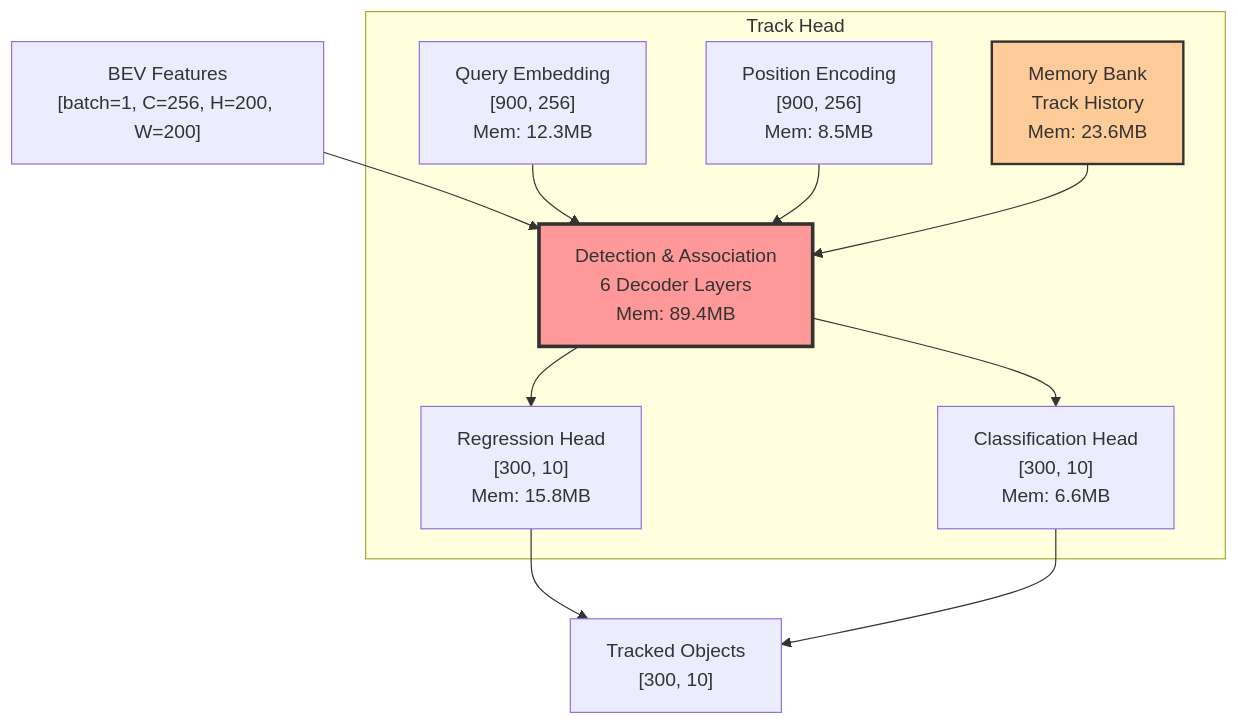
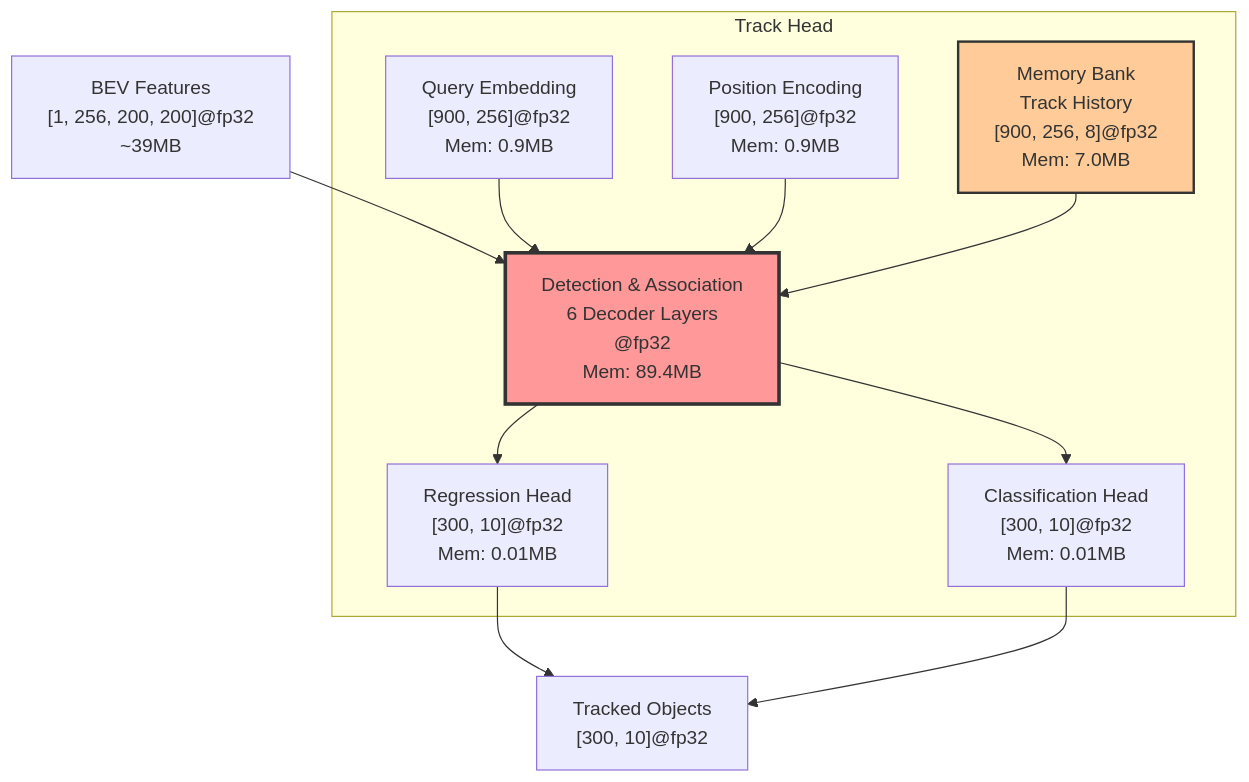
Before and after one commit to litanlitudan/UniAD: the first of 4 diagrams in tools/pytorch_op_tracer/reports/task_heads/track_head_report.md, drawn with Mermaid. The commit also changed other lines of this file and 17 other files, not shown here.

First line of the commit message:
Enhance Mixed Precision Support and Memory Analysis in Task Head Reports

````diff
--- a/tools/pytorch_op_tracer/reports/task_heads/track_head_report.md
+++ b/tools/pytorch_op_tracer/reports/task_heads/track_head_report.md
@@ -25,29 +25,29 @@
 ```mermaid
 graph TB
-    BEV["BEV Features<br/>[batch=1, C=256, H=200, W=200]"]
+    BEV["BEV Features<br/>[1, 256, 200, 200]@fp32<br/>~39MB"]
     
     subgraph "Track Head"
-        QE["Query Embedding<br/>[900, 256]<br/>Mem: 12.3MB"]
-        PE["Position Encoding<br/>[900, 256]<br/>Mem: 8.5MB"]
+        QE["Query Embedding<br/>[900, 256]@fp32<br/>Mem: 0.9MB"]
+        PE["Position Encoding<br/>[900, 256]@fp32<br/>Mem: 0.9MB"]
         
-        DA["Detection & Association<br/>6 Decoder Layers<br/>Mem: 89.4MB"]
+        DA["Detection & Association<br/>6 Decoder Layers<br/>@fp32<br/>Mem: 89.4MB"]
         
-        MB["Memory Bank<br/>Track History<br/>Mem: 23.6MB"]
+        MB["Memory Bank<br/>Track History<br/>[900, 256, 8]@fp32<br/>Mem: 7.0MB"]
         
-        Reg["Regression Head<br/>[300, 10]<br/>Mem: 15.8MB"]
-        Cls["Classification Head<br/>[300, 10]<br/>Mem: 6.6MB"]
+        Reg["Regression Head<br/>[300, 10]@fp32<br/>Mem: 0.01MB"]
+        Cls["Classification Head<br/>[300, 10]@fp32<br/>Mem: 0.01MB"]
     end
     
     BEV --> DA
     QE --> DA
     PE --> DA
     MB --> DA
     DA --> Reg
     DA --> Cls
     
-    Reg --> Output["Tracked Objects<br/>[300, 10]"]
+    Reg --> Output["Tracked Objects<br/>[300, 10]@fp32"]
     Cls --> Output
     
     style DA fill:#ff9999,stroke:#333,stroke-width:3px
     style MB fill:#ffcc99,stroke:#333,stroke-width:2px
 ```
````
